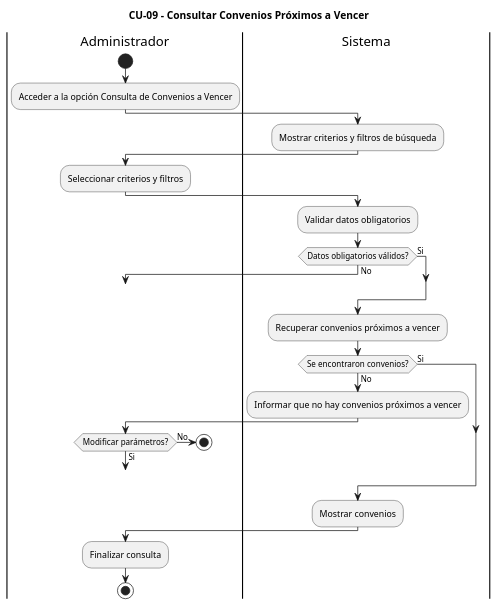
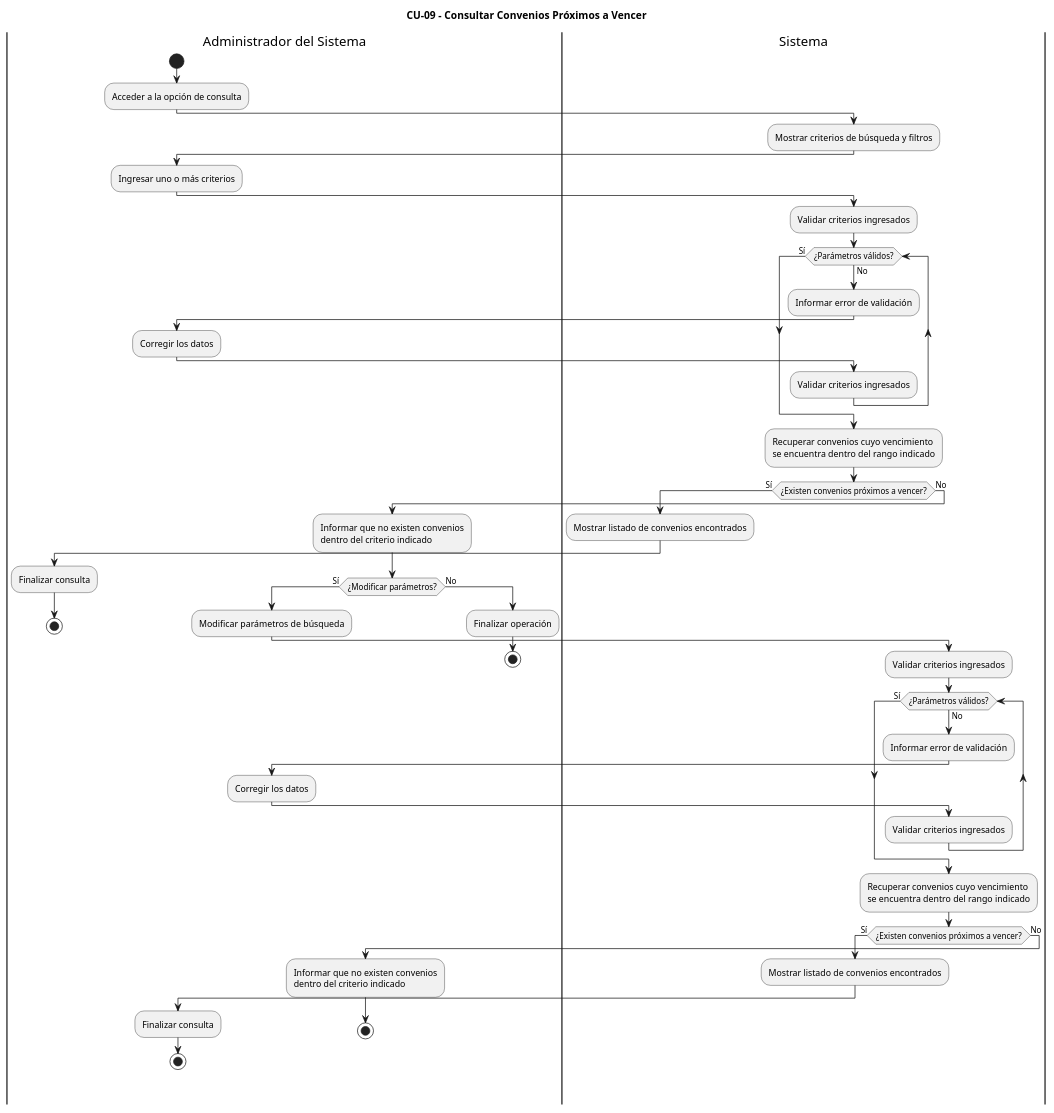
The diagram in diagramas-de-actividad-puml/diagrama-actividad-cu09.puml (h3l333/proyecto-uppa), drawn with PlantUML before and after one commit. The commit also changed 15 other files, not shown here.

Commit message:
Enmienda diagramas de actividad

```diff
--- a/diagramas-de-actividad-puml/diagrama-actividad-cu09.puml
+++ b/diagramas-de-actividad-puml/diagrama-actividad-cu09.puml
@@ -1,43 +1,78 @@
-@startuml Diagrama_Actividad_CU09
+@startuml
 title CU-09 - Consultar Convenios Próximos a Vencer
 
-|Administrador|
+|Administrador del Sistema|
 start
-:Acceder a la opción Consulta de Convenios a Vencer;
+:Acceder a la opción de consulta;
 
 |Sistema|
-:Mostrar criterios y filtros de búsqueda;
+:Mostrar criterios de búsqueda y filtros;
 
-|Administrador|
-label seleccionar_criterios
-:Seleccionar criterios y filtros;
+|Administrador del Sistema|
+:Ingresar uno o más criterios;
 
 |Sistema|
-:Validar datos obligatorios;
-if (Datos obligatorios válidos?) then (No)
-  |Administrador|
-  goto seleccionar_criterios
-else (Si)
-endif
+:Validar criterios ingresados;
 
-|Sistema|
-:Recuperar convenios próximos a vencer;
-if (Se encontraron convenios?) then (No)
-  :Informar que no hay convenios próximos a vencer;
-  |Administrador|
-  if (Modificar parámetros?) then (Si)
-    goto seleccionar_criterios
+while (¿Parámetros válidos?) is (No)
+  :Informar error de validación;
+
+  |Administrador del Sistema|
+  :Corregir los datos;
+
+  |Sistema|
+  :Validar criterios ingresados;
+endwhile (Sí)
+
+:Recuperar convenios cuyo vencimiento
+se encuentra dentro del rango indicado;
+
+if (¿Existen convenios próximos a vencer?) then (Sí)
+  :Mostrar listado de convenios encontrados;
+
+  |Administrador del Sistema|
+  :Finalizar consulta;
+  stop
+
+else (No)
+  :Informar que no existen convenios
+  dentro del criterio indicado;
+
+  |Administrador del Sistema|
+  if (¿Modificar parámetros?) then (Sí)
+    :Modificar parámetros de búsqueda;
+
+    |Sistema|
+    :Validar criterios ingresados;
+
+    while (¿Parámetros válidos?) is (No)
+      :Informar error de validación;
+
+      |Administrador del Sistema|
+      :Corregir los datos;
+
+      |Sistema|
+      :Validar criterios ingresados;
+    endwhile (Sí)
+
+    :Recuperar convenios cuyo vencimiento
+    se encuentra dentro del rango indicado;
+
+    if (¿Existen convenios próximos a vencer?) then (Sí)
+      :Mostrar listado de convenios encontrados;
+
+      |Administrador del Sistema|
+      :Finalizar consulta;
+      stop
+    else (No)
+      :Informar que no existen convenios
+      dentro del criterio indicado;
+      stop
+    endif
+
   else (No)
+    :Finalizar operación;
     stop
   endif
-else (Si)
 endif
-
-|Sistema|
-:Mostrar convenios;
-
-|Administrador|
-:Finalizar consulta;
-stop
-
 @enduml
```
